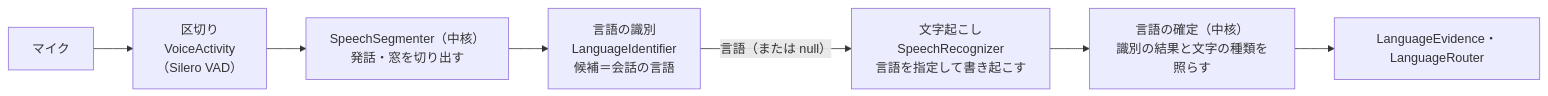
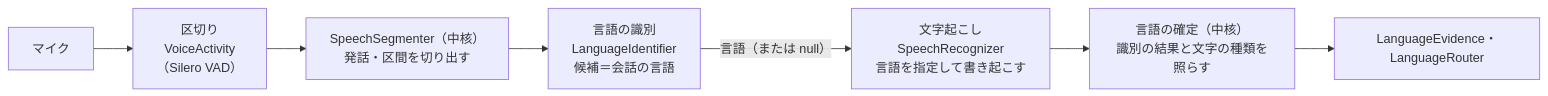
The diagram in docs/作業中/会話翻訳に守備範囲の広い音声認識を足す.md (kagerouttepaso/PlamoTranslate), drawn with Mermaid before and after one commit. The commit also changed other lines of this file and 50 other files, not shown here.

````diff
--- a/docs/作業中/会話翻訳に守備範囲の広い音声認識を足す.md
+++ b/docs/作業中/会話翻訳に守備範囲の広い音声認識を足す.md
@@ -28,9 +28,9 @@
 ```mermaid
 flowchart LR
   MIC["マイク"] --> VAD["区切り<br>VoiceActivity<br>（Silero VAD）"]
-  VAD --> SEG["SpeechSegmenter（中核）<br>発話・窓を切り出す"]
+  VAD --> SEG["SpeechSegmenter（中核）<br>発話・区間を切り出す"]
   SEG --> LID["言語の識別<br>LanguageIdentifier<br>候補＝会話の言語"]
   LID -->|"言語（または null）"| ASR["文字起こし<br>SpeechRecognizer<br>言語を指定して書き起こす"]
   ASR --> FIX["言語の確定（中核）<br>識別の結果と文字の種類を照らす"]
   FIX --> EVID["LanguageEvidence・LanguageRouter"]
 ```
````
